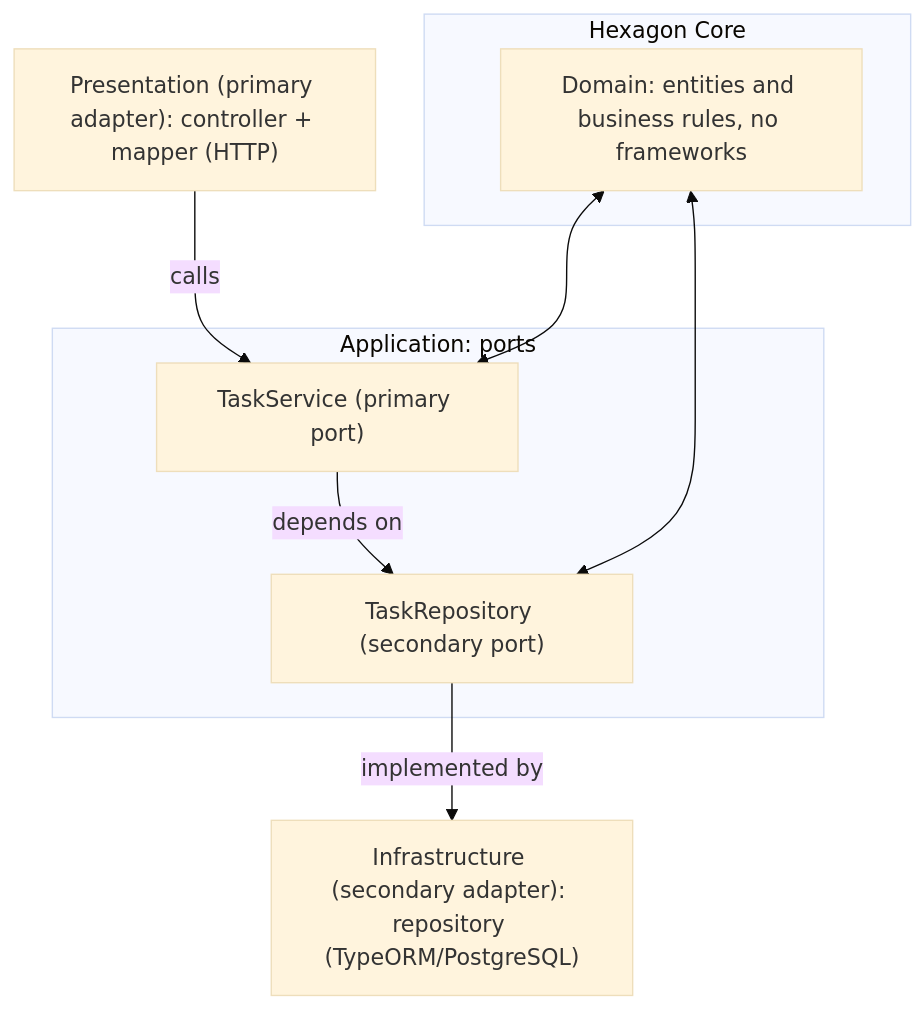
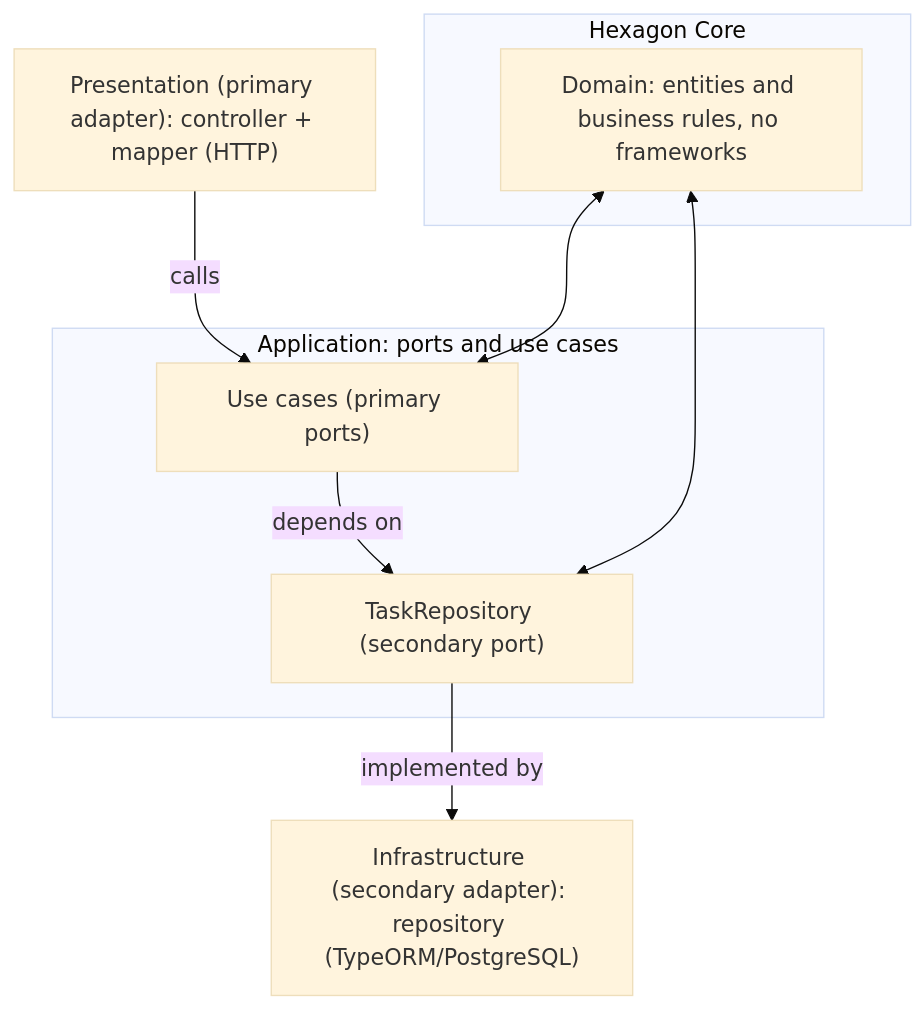
One commit to rebecamendez/rebeca-hexagonal-nest-template changed the second of 3 diagrams in docs/architecture-code.md. Above: the diagram before and after it, drawn with Mermaid (base theme). The commit also changed other lines of this file and 25 other files, not shown here.

Commit message:
refactor(tasks): replace application service with use cases (#3)

````diff
--- a/docs/architecture-code.md
+++ b/docs/architecture-code.md
@@ -37,21 +37,21 @@
 ```mermaid
 flowchart TB
   subgraph Core["Hexagon Core"]
     Domain["Domain: entities and business rules, no frameworks"]
   end
 
-  subgraph App["Application: ports"]
-    Service["TaskService (primary port)"]
+  subgraph App["Application: ports and use cases"]
+    UseCases["Use cases (primary ports)"]
     Repo["TaskRepository (secondary port)"]
   end
 
   Http["Presentation (primary adapter): controller + mapper (HTTP)"]
   Infra["Infrastructure (secondary adapter): repository (TypeORM/PostgreSQL)"]
 
-  Http -->|calls| Service
-  Service -->|depends on| Repo
+  Http -->|calls| UseCases
+  UseCases -->|depends on| Repo
   Repo -->|implemented by| Infra
 
-  Domain <--> Service
+  Domain <--> UseCases
   Domain <--> Repo
 ```
````
